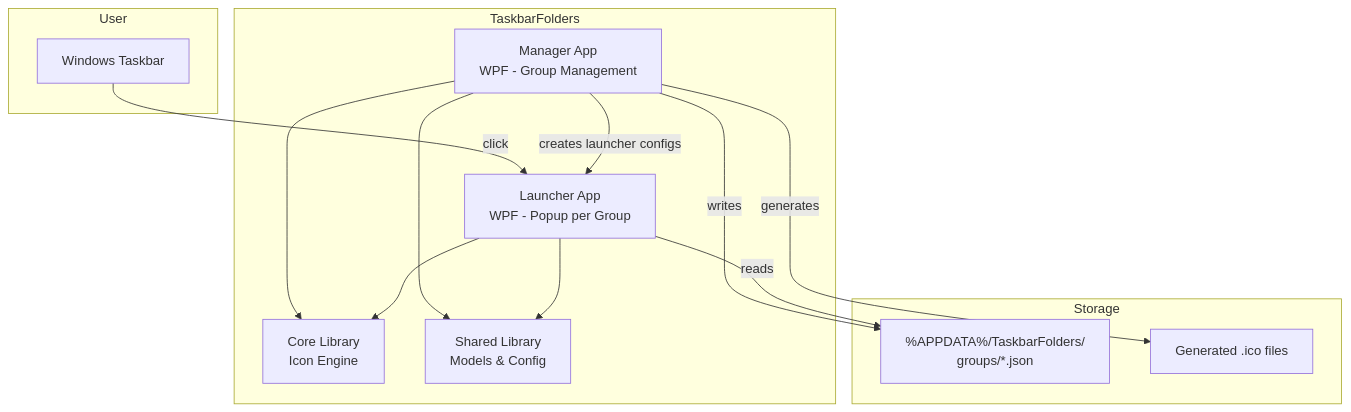
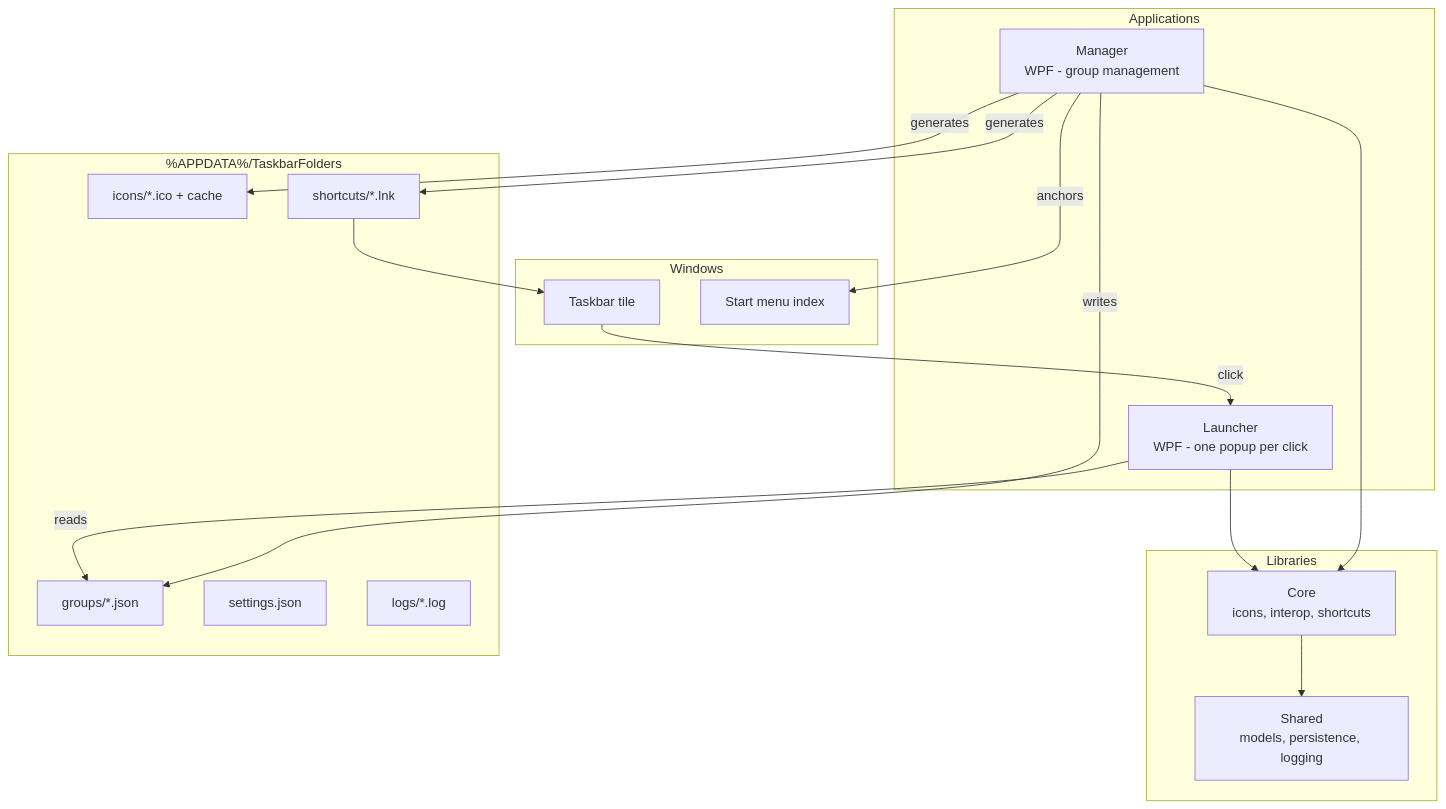
The first of 2 diagrams in docs/architecture.md (Chookees/taskbar-grouping), drawn with Mermaid before and after one commit. The commit also changed other lines of this file and 3 other files, not shown here.

````diff
--- a/docs/architecture.md
+++ b/docs/architecture.md
@@ -9,28 +9,35 @@
 ```mermaid
 graph TB
-    subgraph "User"
-        Taskbar[Windows Taskbar]
+    subgraph Windows
+        Taskbar[Taskbar tile]
+        StartMenu[Start menu index]
     end
 
-    subgraph "TaskbarFolders"
-        Manager[Manager App<br/>WPF - Group Management]
-        Launcher[Launcher App<br/>WPF - Popup per Group]
-        Core[Core Library<br/>Icon Engine]
-        Shared[Shared Library<br/>Models & Config]
+    subgraph Applications
+        Manager[Manager<br/>WPF - group management]
+        Launcher[Launcher<br/>WPF - one popup per click]
     end
 
-    subgraph "Storage"
-        AppData["%APPDATA%/TaskbarFolders/<br/>groups/*.json"]
-        Icons[Generated .ico files]
+    subgraph Libraries
+        Core[Core<br/>icons, interop, shortcuts]
+        Shared[Shared<br/>models, persistence, logging]
     end
 
-    Manager --> Core
-    Manager --> Shared
+    subgraph "%APPDATA%/TaskbarFolders"
+        Groups[groups/*.json]
+        Icons[icons/*.ico + cache]
+        Shortcuts[shortcuts/*.lnk]
+        Settings[settings.json]
+        Logs[logs/*.log]
+    end
+
+    Manager --> Core --> Shared
     Launcher --> Core
-    Launcher --> Shared
-    Manager -->|writes| AppData
+    Manager -->|writes| Groups
     Manager -->|generates| Icons
-    Launcher -->|reads| AppData
+    Manager -->|generates| Shortcuts
+    Manager -->|anchors| StartMenu
+    Launcher -->|reads| Groups
+    Shortcuts --> Taskbar
     Taskbar -->|click| Launcher
-    Manager -->|creates launcher configs| Launcher
 ```
````
